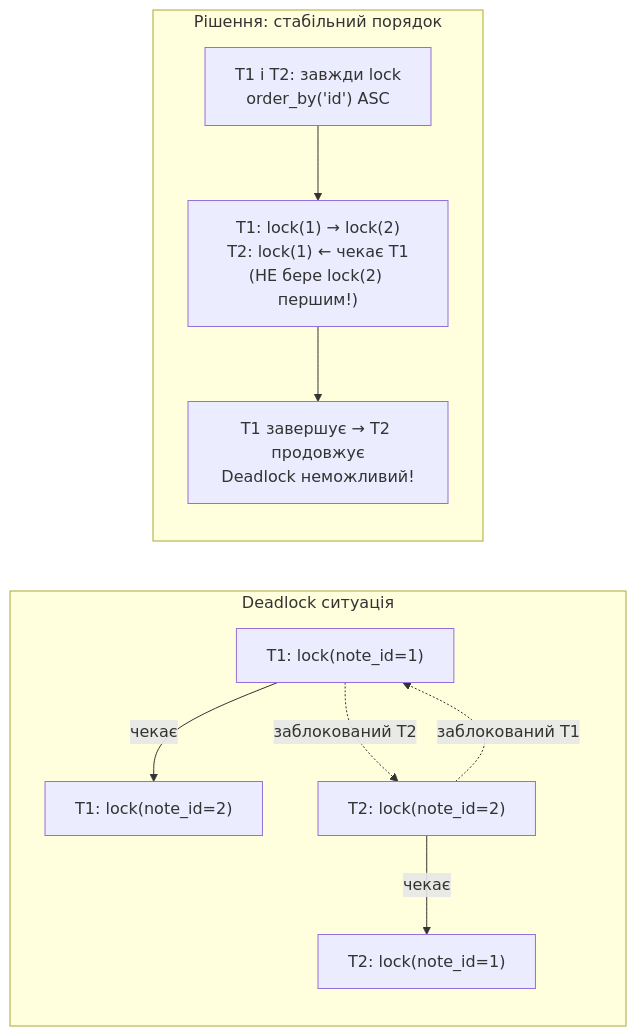
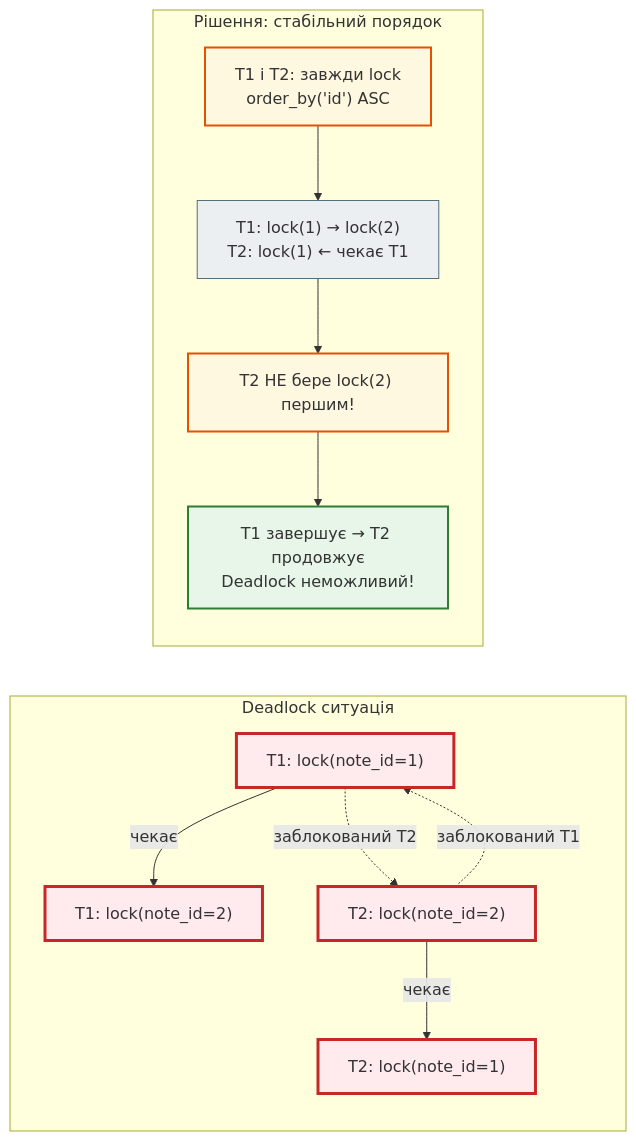
Diagram 13 of 20 in docs/03_database_and_orm/orm_mermaid_full.md (NikoriakViktot/notes_chat_app), drawn with Mermaid before and after one commit. The commit also changed other lines of this file and 441 other files, not shown here.

First line of the commit message:
Add English version of the book, Mermaid standard, docs fixes

````diff
--- a/docs/03_database_and_orm/orm_mermaid_full.md
+++ b/docs/03_database_and_orm/orm_mermaid_full.md
@@ -491,14 +522,25 @@
 ```mermaid
 graph LR
     subgraph "Deadlock ситуація"
         T1A["T1: lock(note_id=1)"] -->|"чекає"| T1B["T1: lock(note_id=2)"]
         T2B["T2: lock(note_id=2)"] -->|"чекає"| T2A["T2: lock(note_id=1)"]
         T1A -.->|"заблокований T2"| T2B
         T2B -.->|"заблокований T1"| T1A
     end
 
     subgraph "Рішення: стабільний порядок"
-        S1["T1 і T2: завжди lock\norder_by('id') ASC"] --> S2["T1: lock(1) → lock(2)\nT2: lock(1) ← чекає T1\n(НЕ бере lock(2) першим!)"]
-        S2 --> S3["T1 завершує → T2 продовжує\nDeadlock неможливий!"]
+        S1["T1 і T2: завжди lock<br>order_by('id') ASC"] --> S2["T1: lock(1) → lock(2)<br>T2: lock(1) ← чекає T1"]
+        S2 --> S2b["T2 НЕ бере lock(2) першим!"]
+        S2b --> S3["T1 завершує → T2 продовжує<br>Deadlock неможливий!"]
     end
+
+    classDef step     fill:#eceff1,stroke:#546e7a,stroke-width:1px;
+    classDef success  fill:#e8f5e9,stroke:#2e7d32,stroke-width:2px;
+    classDef error    fill:#ffebee,stroke:#c62828,stroke-width:3px;
+    classDef warning  fill:#fff8e1,stroke:#e65100,stroke-width:2px;
+
+    class S2 step;
+    class S3 success;
+    class T1A,T1B,T2A,T2B error;
+    class S1,S2b warning;
 ```
````
